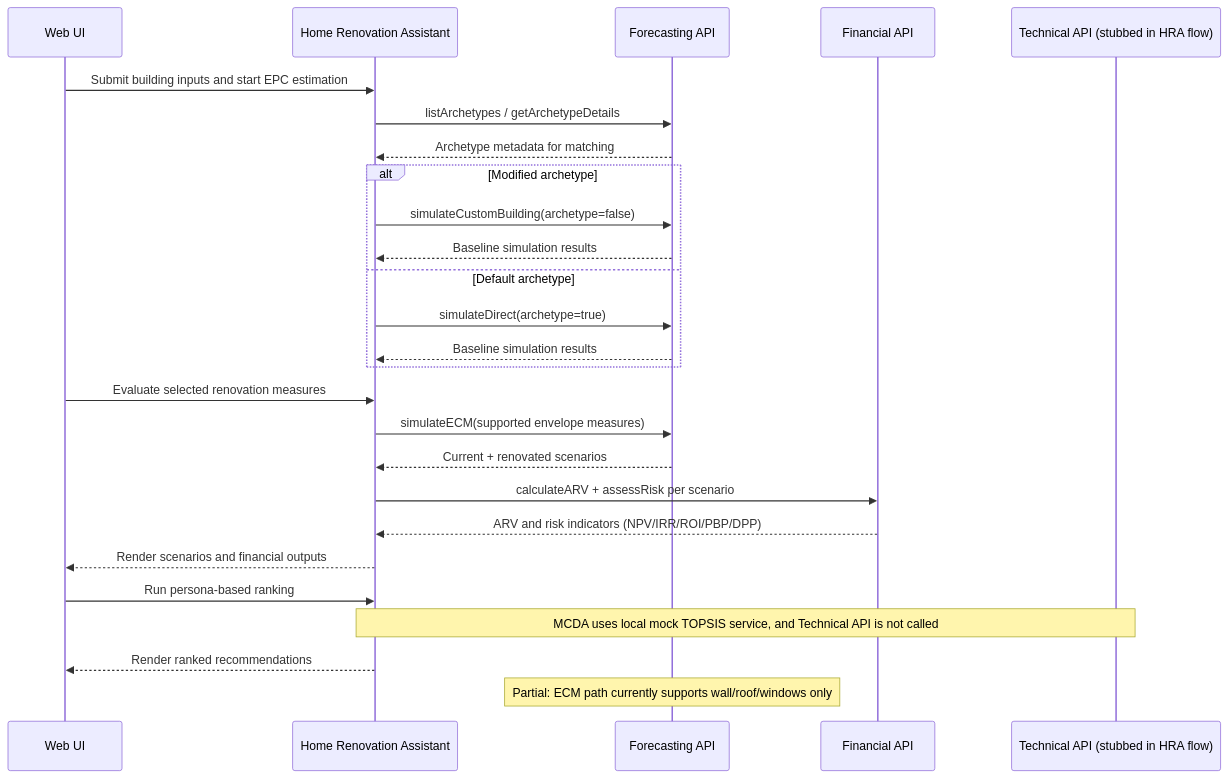
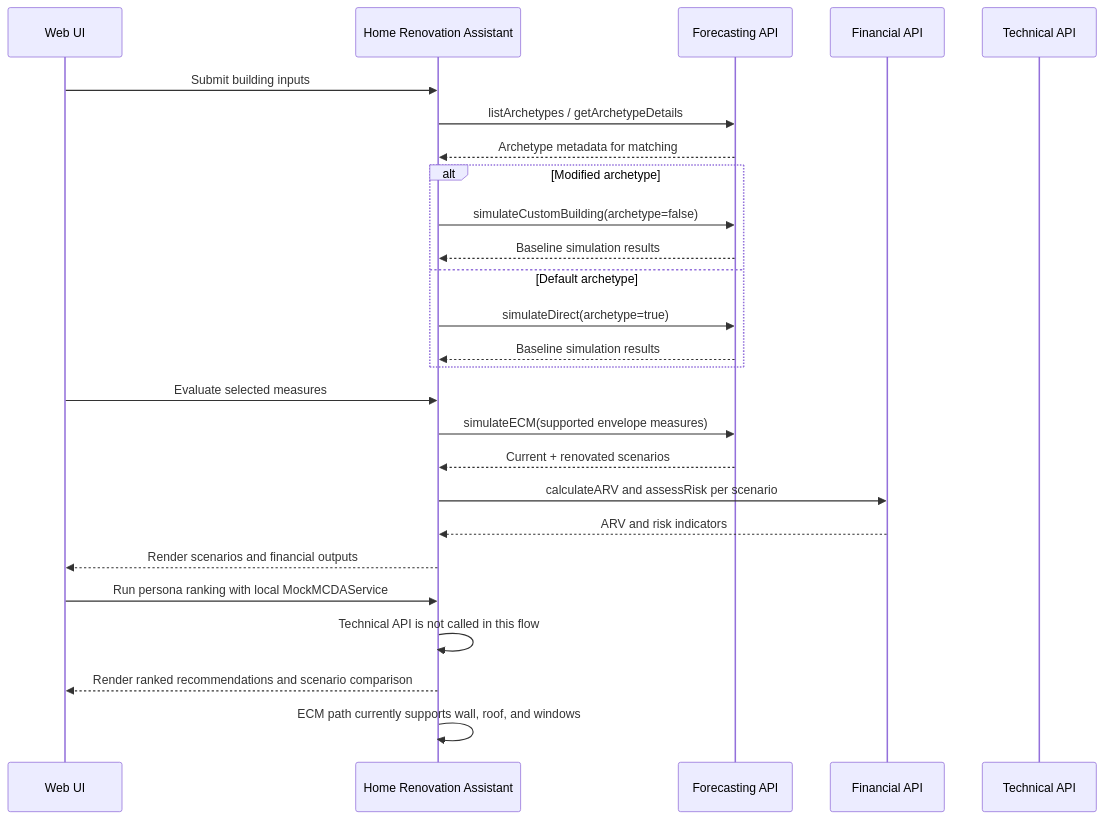
The first of 6 diagrams in README.md (ReLIFE-Project-EU/relife-web-ui), drawn with Mermaid before and after one commit. The commit also changed other lines of this file, not shown here.

Commit message:
📝 Update README to add flow diagrams

````diff
--- a/README.md
+++ b/README.md
@@ -27,31 +29,31 @@
 ```mermaid
 sequenceDiagram
     participant UI as Web UI
     participant HRA as Home Renovation Assistant
     participant FCAST as Forecasting API
     participant FIN as Financial API
-    participant TECH as Technical API (stubbed in HRA flow)
+    participant TECH as Technical API
 
-    UI->>HRA: Submit building inputs and start EPC estimation
+    UI->>HRA: Submit building inputs
     HRA->>FCAST: listArchetypes / getArchetypeDetails
     FCAST-->>HRA: Archetype metadata for matching
     alt Modified archetype
       HRA->>FCAST: simulateCustomBuilding(archetype=false)
       FCAST-->>HRA: Baseline simulation results
     else Default archetype
       HRA->>FCAST: simulateDirect(archetype=true)
       FCAST-->>HRA: Baseline simulation results
     end
 
-    UI->>HRA: Evaluate selected renovation measures
+    UI->>HRA: Evaluate selected measures
     HRA->>FCAST: simulateECM(supported envelope measures)
     FCAST-->>HRA: Current + renovated scenarios
-    HRA->>FIN: calculateARV + assessRisk per scenario
-    FIN-->>HRA: ARV and risk indicators (NPV/IRR/ROI/PBP/DPP)
+    HRA->>FIN: calculateARV and assessRisk per scenario
+    FIN-->>HRA: ARV and risk indicators
     HRA-->>UI: Render scenarios and financial outputs
 
-    UI->>HRA: Run persona-based ranking
-    Note over HRA,TECH: MCDA uses local mock TOPSIS service, and Technical API is not called
-    HRA-->>UI: Render ranked recommendations
-    Note over FCAST: Partial: ECM path currently supports wall/roof/windows only
+    UI->>HRA: Run persona ranking with local MockMCDAService
+    HRA->>HRA: Technical API is not called in this flow
+    HRA-->>UI: Render ranked recommendations and scenario comparison
+    HRA->>HRA: ECM path currently supports wall, roof, and windows
 ```
````
